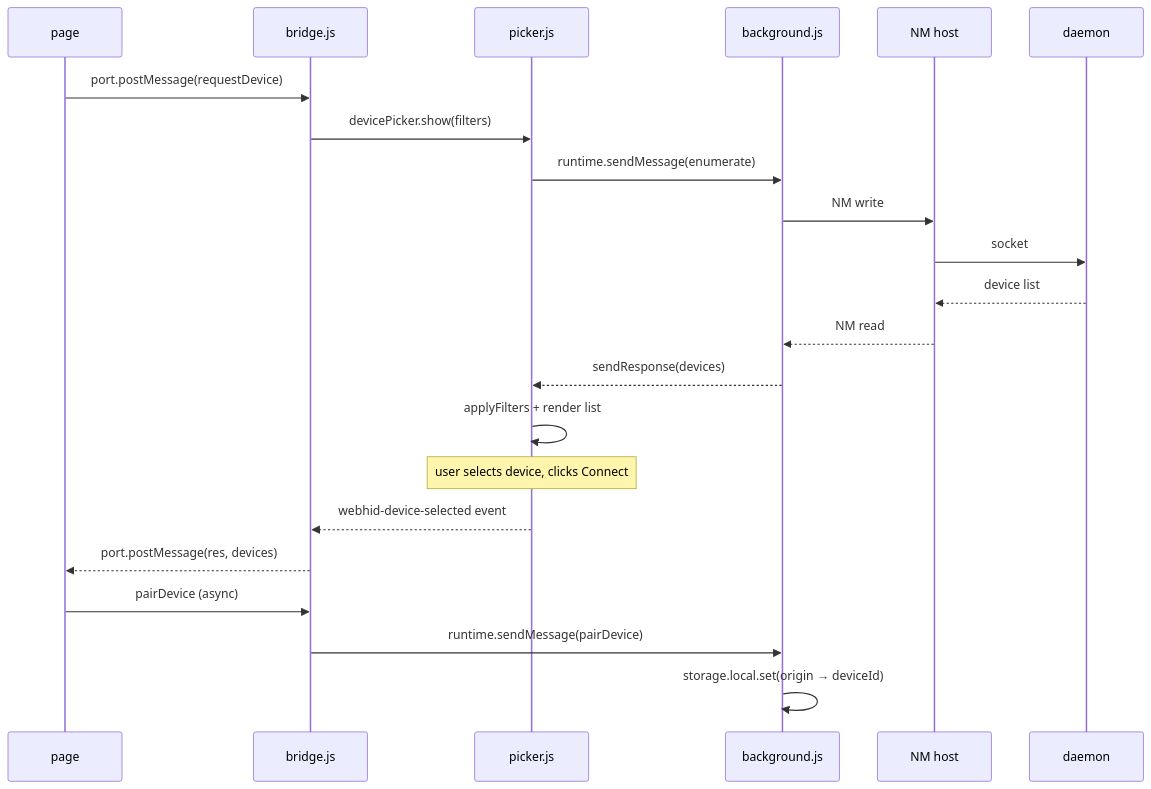
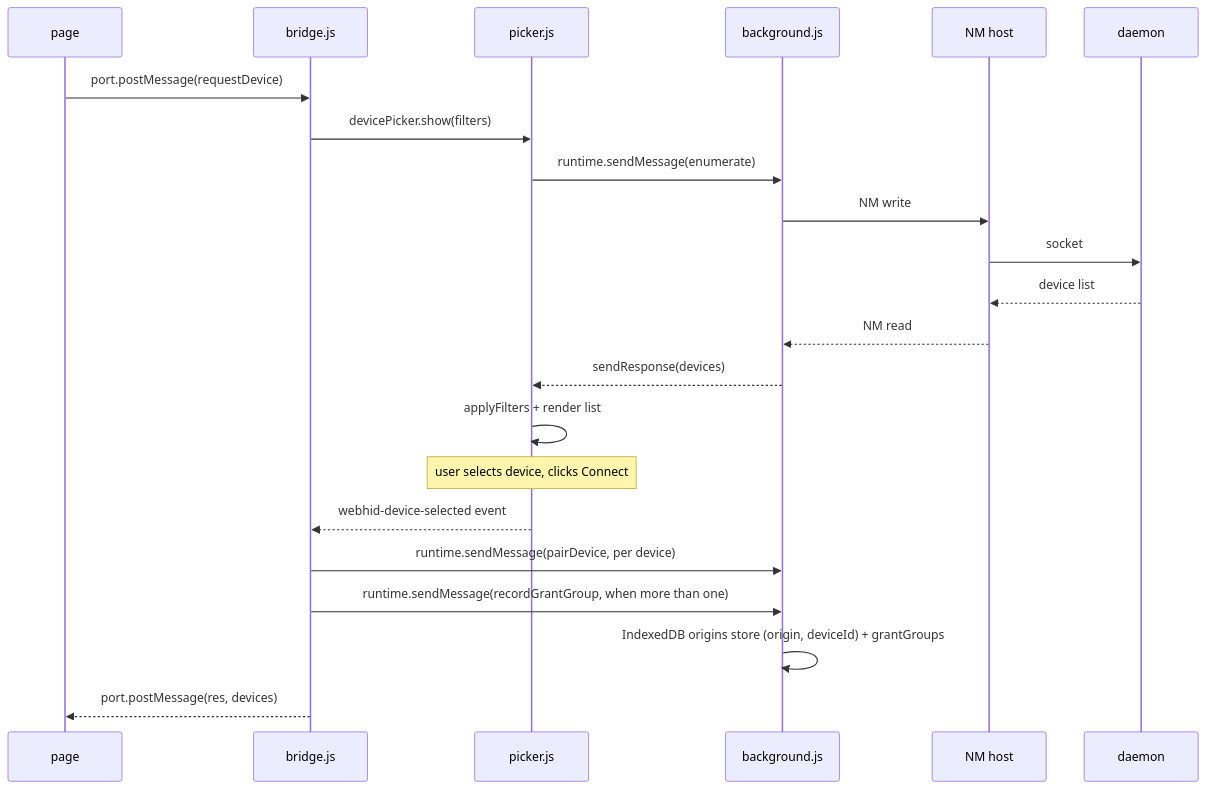
The seventh of 9 diagrams in docs/ARCHITECTURE.md (K4zoku/FF-WebHID), drawn with Mermaid before and after one commit. The commit also changed other lines of this file and 8 other files, not shown here.

````diff
--- a/docs/ARCHITECTURE.md
+++ b/docs/ARCHITECTURE.md
@@ -371,25 +385,25 @@
 ```mermaid
 sequenceDiagram
     participant P as page
     participant B as bridge.js
     participant Picker as picker.js
     participant G as background.js
     participant N as NM host
     participant D as daemon
 
     P->>B: port.postMessage(requestDevice)
     B->>Picker: devicePicker.show(filters)
     Picker->>G: runtime.sendMessage(enumerate)
     G->>N: NM write
     N->>D: socket
     D-->>N: device list
     N-->>G: NM read
     G-->>Picker: sendResponse(devices)
     Picker->>Picker: applyFilters + render list
     Note over Picker: user selects device, clicks Connect
     Picker-->>B: webhid-device-selected event
+    B->>G: runtime.sendMessage(pairDevice, per device)
+    B->>G: runtime.sendMessage(recordGrantGroup, when more than one)
+    G->>G: IndexedDB origins store (origin, deviceId) + grantGroups
     B-->>P: port.postMessage(res, devices)
-    P->>B: pairDevice (async)
-    B->>G: runtime.sendMessage(pairDevice)
-    G->>G: storage.local.set(origin → deviceId)
 ```
````
